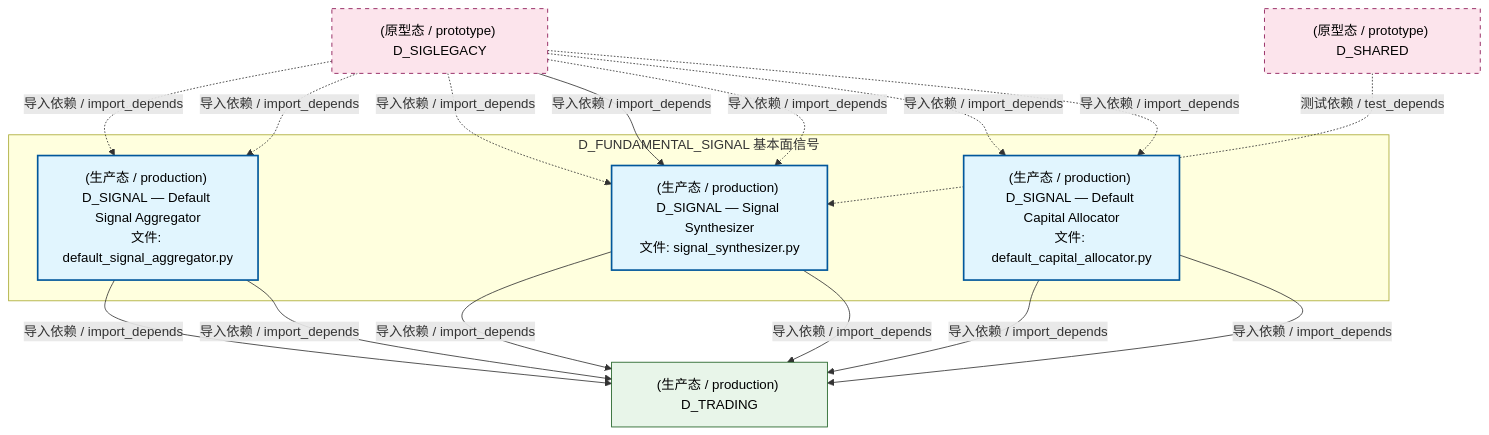
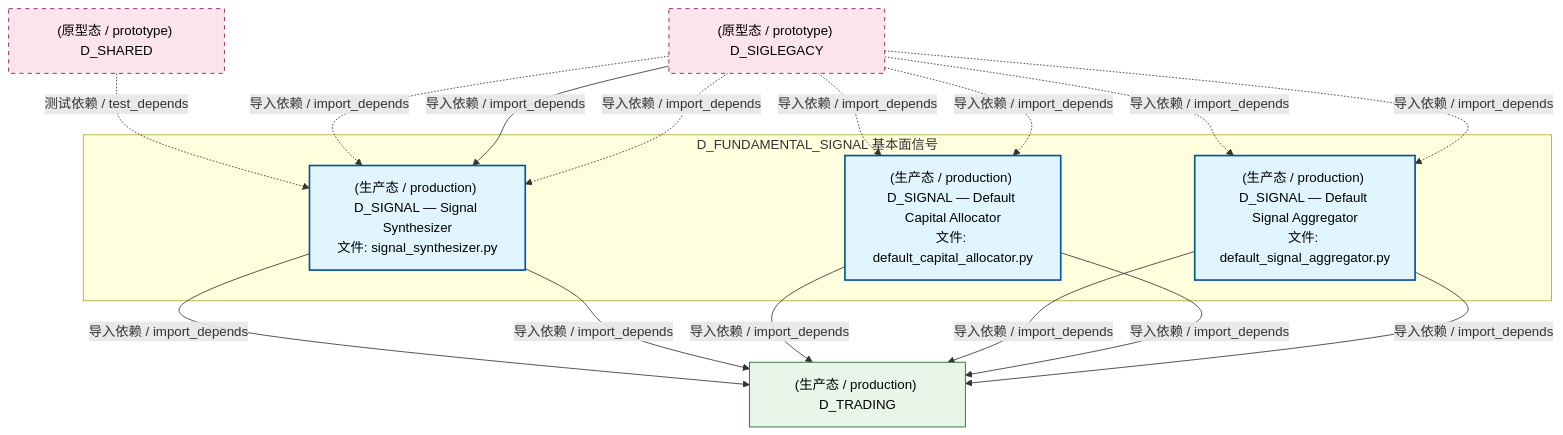
One commit to xuanFelixVan/ZephyrAlpha changed the second of 4 diagrams in docs/02_enterprise_architecture/02_domain_architecture_docs/37_d_fundamental_signal.md. Above: the diagram before and after it, drawn with Mermaid. The commit also changed other lines of this file and 126 other files, not shown here.

````diff
--- a/docs/02_enterprise_architecture/02_domain_architecture_docs/37_d_fundamental_signal.md
+++ b/docs/02_enterprise_architecture/02_domain_architecture_docs/37_d_fundamental_signal.md
@@ -134,32 +134,32 @@
 ```mermaid
 graph TD
     subgraph D_FUNDAMENTAL_SIGNAL["D_FUNDAMENTAL_SIGNAL 基本面信号"]
         src_zephyr_signal_fundamental_gen_implementations_default_signal_aggregator_py["(生产态 / production) D_SIGNAL — Default Signal Aggregator<br/>文件: default_signal_aggregator.py"]
         src_zephyr_signal_fundamental_strategy_implementations_default_capital_allocator_py["(生产态 / production) D_SIGNAL — Default Capital Allocator<br/>文件: default_capital_allocator.py"]
         src_zephyr_signal_fundamental_synth_signal_synthesizer_py["(生产态 / production) D_SIGNAL — Signal Synthesizer<br/>文件: signal_synthesizer.py"]
     end
     D_TRADING["(生产态 / production) D_TRADING"]
+    src_zephyr_signal_fundamental_synth_signal_synthesizer_py -->|导入依赖 / import_depends| D_TRADING
+    src_zephyr_signal_fundamental_synth_signal_synthesizer_py -->|导入依赖 / import_depends| D_TRADING
     src_zephyr_signal_fundamental_strategy_implementations_default_capital_allocator_py -->|导入依赖 / import_depends| D_TRADING
+    src_zephyr_signal_fundamental_gen_implementations_default_signal_aggregator_py -->|导入依赖 / import_depends| D_TRADING
     src_zephyr_signal_fundamental_strategy_implementations_default_capital_allocator_py -->|导入依赖 / import_depends| D_TRADING
-    src_zephyr_signal_fundamental_synth_signal_synthesizer_py -->|导入依赖 / import_depends| D_TRADING
     src_zephyr_signal_fundamental_gen_implementations_default_signal_aggregator_py -->|导入依赖 / import_depends| D_TRADING
-    src_zephyr_signal_fundamental_gen_implementations_default_signal_aggregator_py -->|导入依赖 / import_depends| D_TRADING
-    src_zephyr_signal_fundamental_synth_signal_synthesizer_py -->|导入依赖 / import_depends| D_TRADING
     D_SIGLEGACY["(原型态 / prototype) D_SIGLEGACY"]
     D_SIGLEGACY -.->|导入依赖 / import_depends| src_zephyr_signal_fundamental_gen_implementations_default_signal_aggregator_py
     D_SIGLEGACY -.->|导入依赖 / import_depends| src_zephyr_signal_fundamental_gen_implementations_default_signal_aggregator_py
     D_SHARED["(原型态 / prototype) D_SHARED"]
     D_SHARED -.->|测试依赖 / test_depends| src_zephyr_signal_fundamental_synth_signal_synthesizer_py
     D_SIGLEGACY -.->|导入依赖 / import_depends| src_zephyr_signal_fundamental_synth_signal_synthesizer_py
     D_SIGLEGACY -->|导入依赖 / import_depends| src_zephyr_signal_fundamental_synth_signal_synthesizer_py
     D_SIGLEGACY -.->|导入依赖 / import_depends| src_zephyr_signal_fundamental_synth_signal_synthesizer_py
     D_SIGLEGACY -.->|导入依赖 / import_depends| src_zephyr_signal_fundamental_strategy_implementations_default_capital_allocator_py
     D_SIGLEGACY -.->|导入依赖 / import_depends| src_zephyr_signal_fundamental_strategy_implementations_default_capital_allocator_py
     classDef production fill:#e1f5fe,stroke:#01579b,stroke-width:2px,color:#000
     classDef design fill:#fff3e0,stroke:#e65100,stroke-width:2px,color:#000,stroke-dasharray: 5 5
     classDef external_prod fill:#e8f5e9,stroke:#1b5e20,stroke-width:1px,color:#000
     classDef external_design fill:#fce4ec,stroke:#880e4f,stroke-width:1px,color:#000,stroke-dasharray: 5 5
     class src_zephyr_signal_fundamental_gen_implementations_default_signal_aggregator_py,src_zephyr_signal_fundamental_strategy_implementations_default_capital_allocator_py,src_zephyr_signal_fundamental_synth_signal_synthesizer_py production
     class D_TRADING external_prod
     class D_SIGLEGACY,D_SHARED external_design
 ```
````
